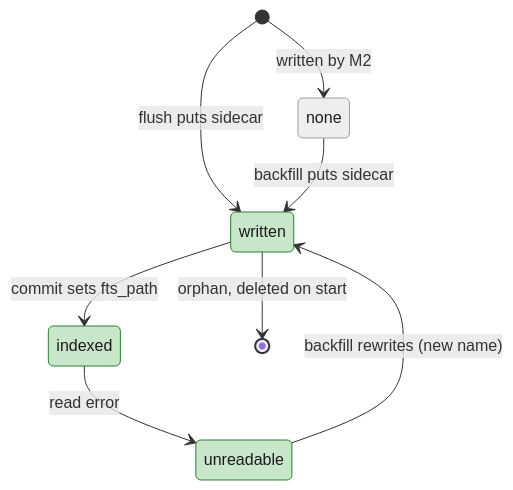
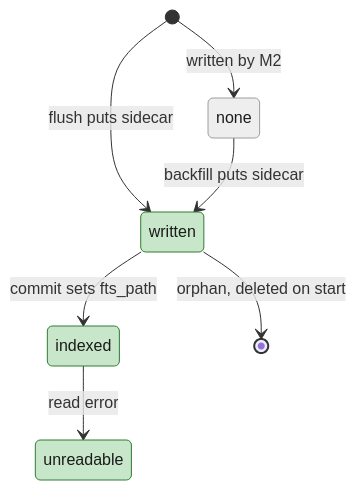
Before and after one commit to liukai/smithling: the second of 2 diagrams in specs/003-m3-search-aggregates-speed/data-model.md, drawn with Mermaid. The commit also changed other lines of this file and 27 other files, not shown here.

````diff
--- a/specs/003-m3-search-aggregates-speed/data-model.md
+++ b/specs/003-m3-search-aggregates-speed/data-model.md
@@ -245,15 +253,14 @@
 ```mermaid
 stateDiagram-v2
     [*] --> none: written by M2
     [*] --> written: flush puts sidecar
     written --> indexed: commit sets fts_path
     written --> [*]: orphan, deleted on start
     none --> written: backfill puts sidecar
     indexed --> unreadable: read error
-    unreadable --> written: backfill rewrites (new name)
     classDef new fill:#c8e6c9,stroke:#2e7d32,color:#1b1b1b
     classDef revised fill:#ffe0b2,stroke:#ef6c00,color:#1b1b1b
     classDef old fill:#eeeeee,stroke:#9e9e9e,color:#1b1b1b
     class none old
     class written, indexed, unreadable new
 ```
````
